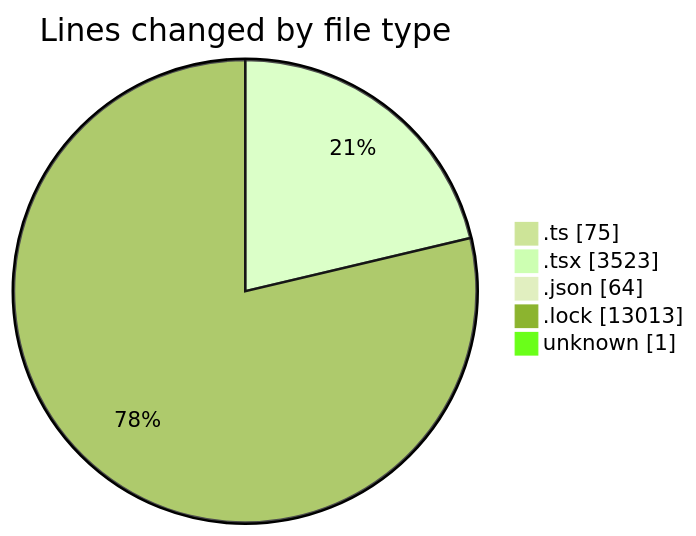
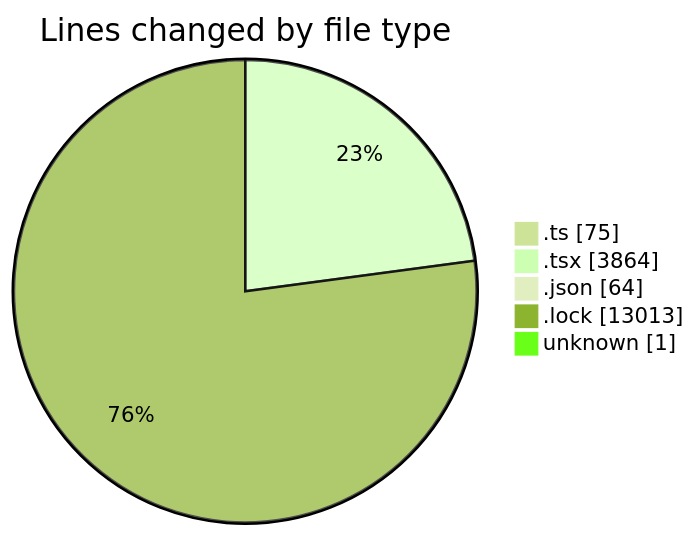
Before and after one commit to momahboobian/code-tracking: the first of 2 diagrams in 2025-09-25/cda/README.md, drawn with Mermaid (forest theme). The commit also changed other lines of this file and 1 other file, not shown here.

````diff
--- a/2025-09-25/cda/README.md
+++ b/2025-09-25/cda/README.md
@@ -41,9 +43,9 @@
 ```mermaid
 pie showData
 title Lines changed by file type
 ".ts" : 75
-".tsx" : 3523
+".tsx" : 3864
 ".json" : 64
 ".lock" : 13013
 "unknown" : 1
 ```
````
